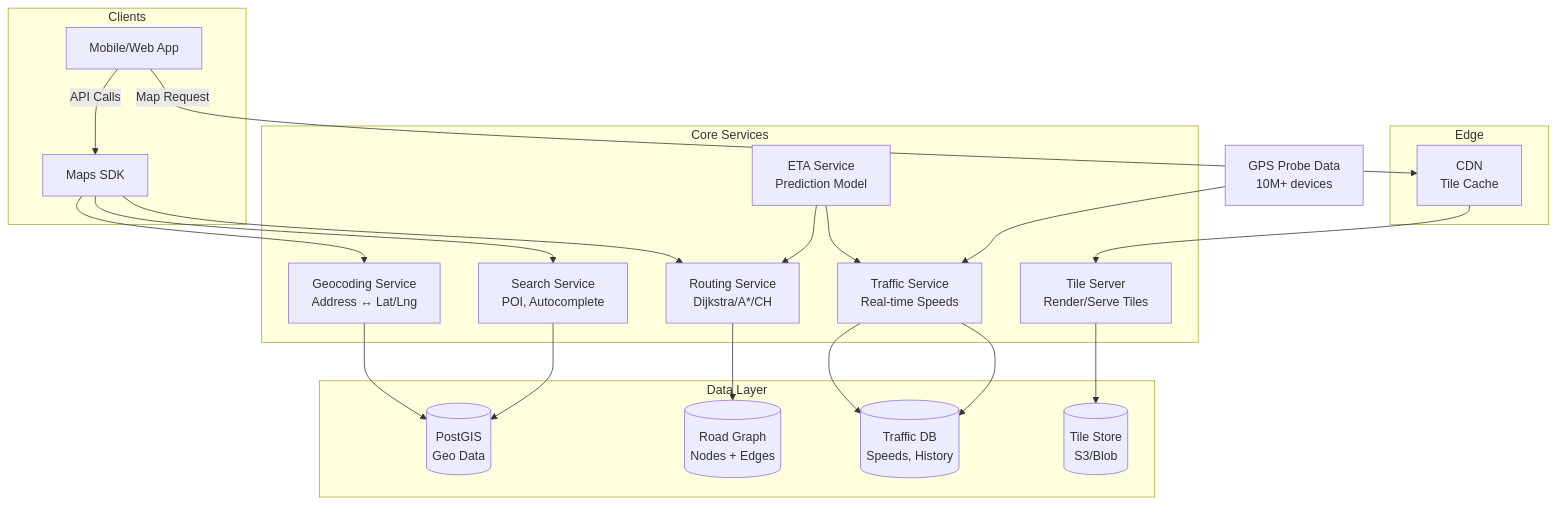
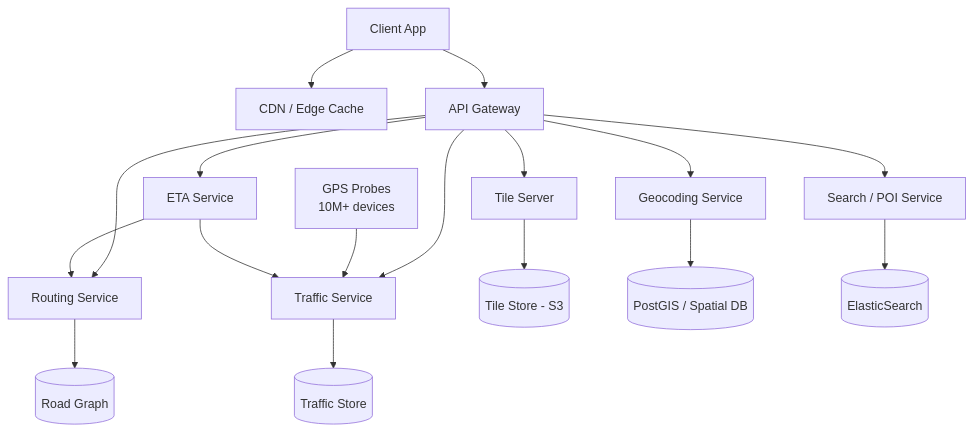
The first of 17 diagrams in docs/system-design/high-level/designing/advanced/google-maps.md (abhishekghoshh/system-design-helper), drawn with Mermaid before and after one commit. The commit also changed other lines of this file and 107 other files, not shown here.

````diff
--- a/docs/system-design/high-level/designing/advanced/google-maps.md
+++ b/docs/system-design/high-level/designing/advanced/google-maps.md
@@ -382,39 +55,19 @@
 ```mermaid
 graph TD
-  subgraph "Clients"
-    App[Mobile/Web App]
-    SDK[Maps SDK]
-  end
-  subgraph "Edge"
-    CDN[CDN<br/>Tile Cache]
-  end
-  subgraph "Core Services"
-    TileSvc[Tile Server<br/>Render/Serve Tiles]
-    GeoSvc[Geocoding Service<br/>Address ↔ Lat/Lng]
-    RouteSvc[Routing Service<br/>Dijkstra/A*/CH]
-    TrafficSvc[Traffic Service<br/>Real-time Speeds]
-    ETASvc[ETA Service<br/>Prediction Model]
-    SearchSvc[Search Service<br/>POI, Autocomplete]
-  end
-  subgraph "Data Layer"
-    GeoDB[(PostGIS<br/>Geo Data)]
-    GraphDB[(Road Graph<br/>Nodes + Edges)]
-    TrafficStore[(Traffic DB<br/>Speeds, History)]
-    TileStore[(Tile Store<br/>S3/Blob)]
-  end
-  App -->|Map Request| CDN
-  App -->|API Calls| SDK
-  SDK --> GeoSvc
-  SDK --> RouteSvc
-  SDK --> SearchSvc
-  CDN --> TileSvc
-  TileSvc --> TileStore
-  GeoSvc --> GeoDB
-  RouteSvc --> GraphDB
-  TrafficSvc --> TrafficStore
-  ETASvc --> RouteSvc
-  ETASvc --> TrafficSvc
-  SearchSvc --> GeoDB
-  GPSFeeds[GPS Probe Data<br/>10M+ devices] --> TrafficSvc
-  TrafficSvc --> TrafficStore
+    Client[Client App] --> CDN[CDN / Edge Cache]
+    Client --> API[API Gateway]
+    API --> TileSvc[Tile Server]
+    API --> GeoSvc[Geocoding Service]
+    API --> RouteSvc[Routing Service]
+    API --> TrafficSvc[Traffic Service]
+    API --> SearchSvc[Search / POI Service]
+    API --> ETASvc[ETA Service]
+    TileSvc --> TileStore[(Tile Store - S3)]
+    GeoSvc --> GeoDB[(PostGIS / Spatial DB)]
+    RouteSvc --> GraphDB[(Road Graph)]
+    TrafficSvc --> TrafficStore[(Traffic Store)]
+    SearchSvc --> Index[(ElasticSearch)]
+    GPS[GPS Probes<br/>10M+ devices] --> TrafficSvc
+    ETASvc --> RouteSvc
+    ETASvc --> TrafficSvc
 ```
````
